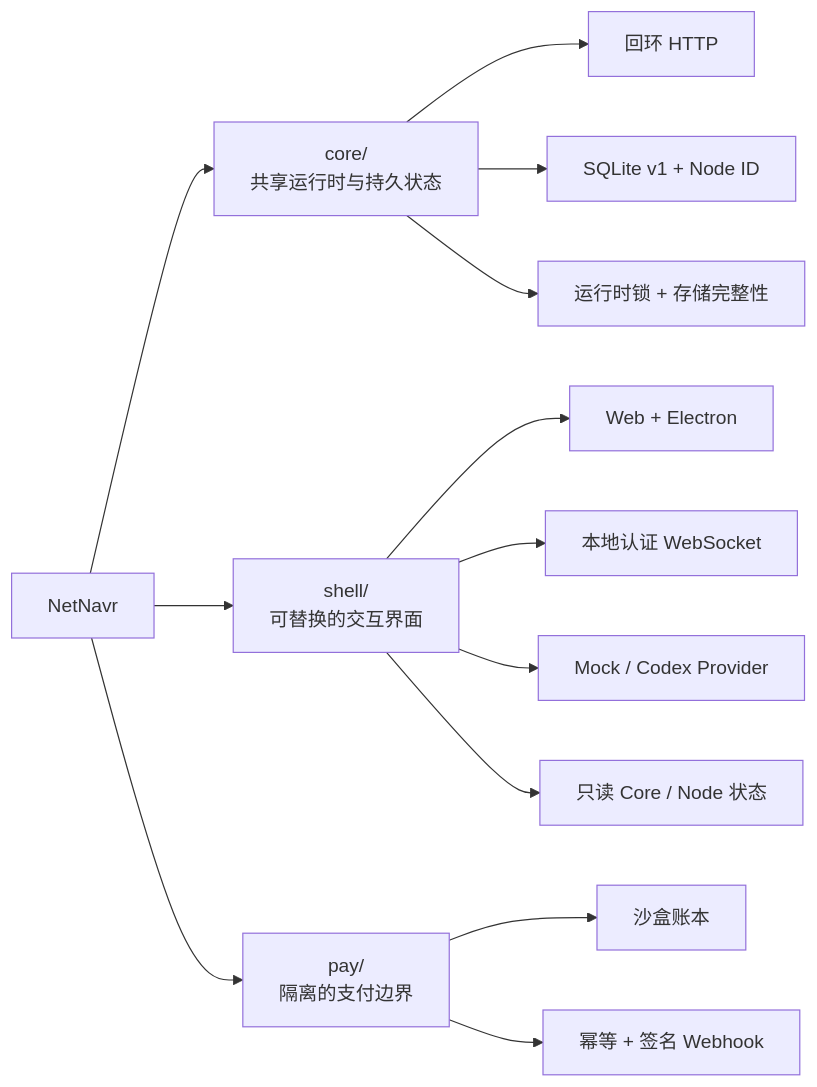
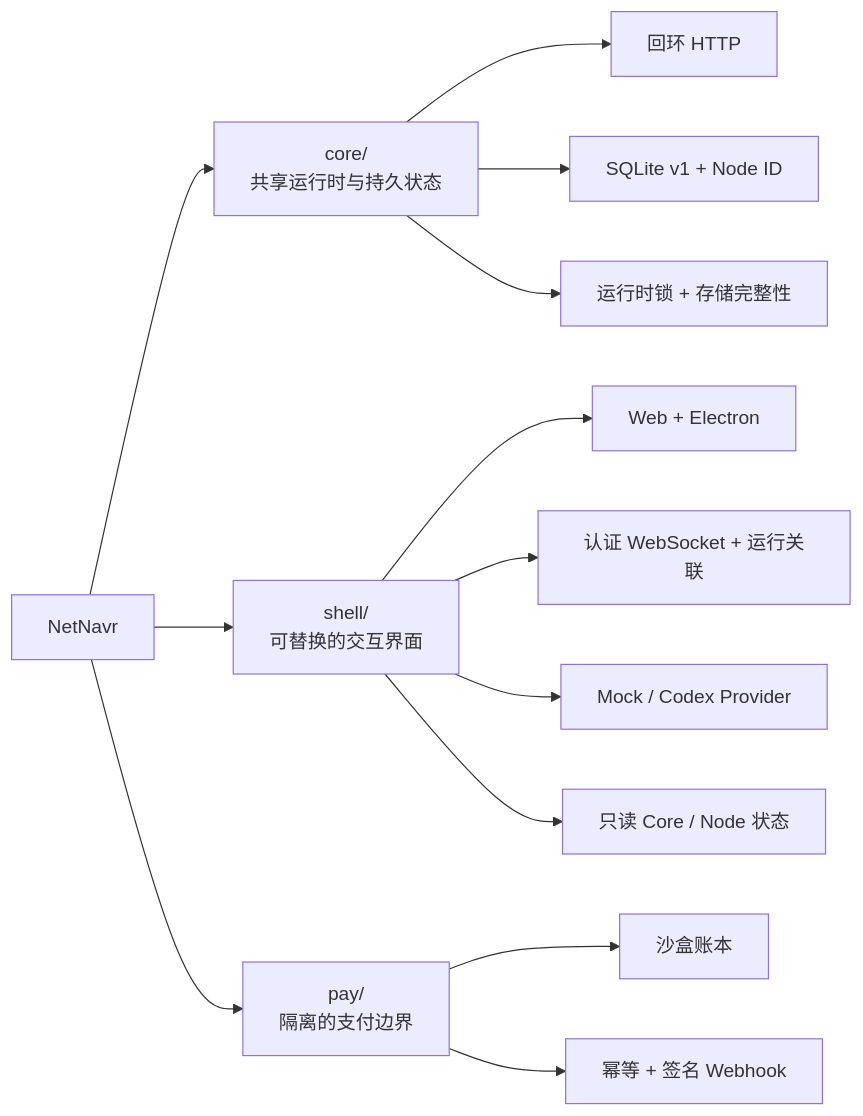
One commit to PM100Fun/NetNavr changed the diagram in README.zh-CN.md. Above: the diagram before and after it, drawn with Mermaid. The commit also changed other lines of this file and 10 other files, not shown here.

````diff
--- a/README.zh-CN.md
+++ b/README.zh-CN.md
@@ -111,18 +113,18 @@
 ```mermaid
 flowchart LR
     R["NetNavr"] --> C["core/<br/>共享运行时与持久状态"]
     R --> S["shell/<br/>可替换的交互界面"]
     R --> P["pay/<br/>隔离的支付边界"]
 
     C --> C1["回环 HTTP"]
     C --> C2["SQLite v1 + Node ID"]
     C --> C3["运行时锁 + 存储完整性"]
 
     S --> S1["Web + Electron"]
-    S --> S2["本地认证 WebSocket"]
+    S --> S2["认证 WebSocket + 运行关联"]
     S --> S3["Mock / Codex Provider"]
     S --> S4["只读 Core / Node 状态"]
 
     P --> P1["沙盒账本"]
     P --> P2["幂等 + 签名 Webhook"]
 ```
````
